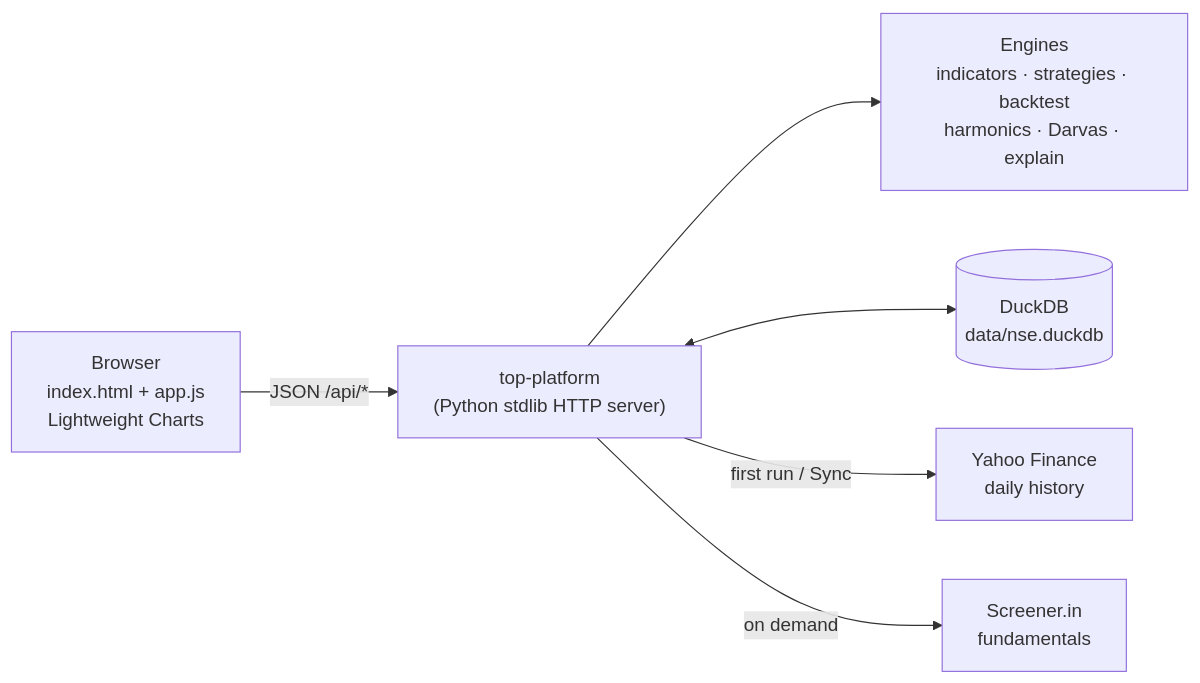
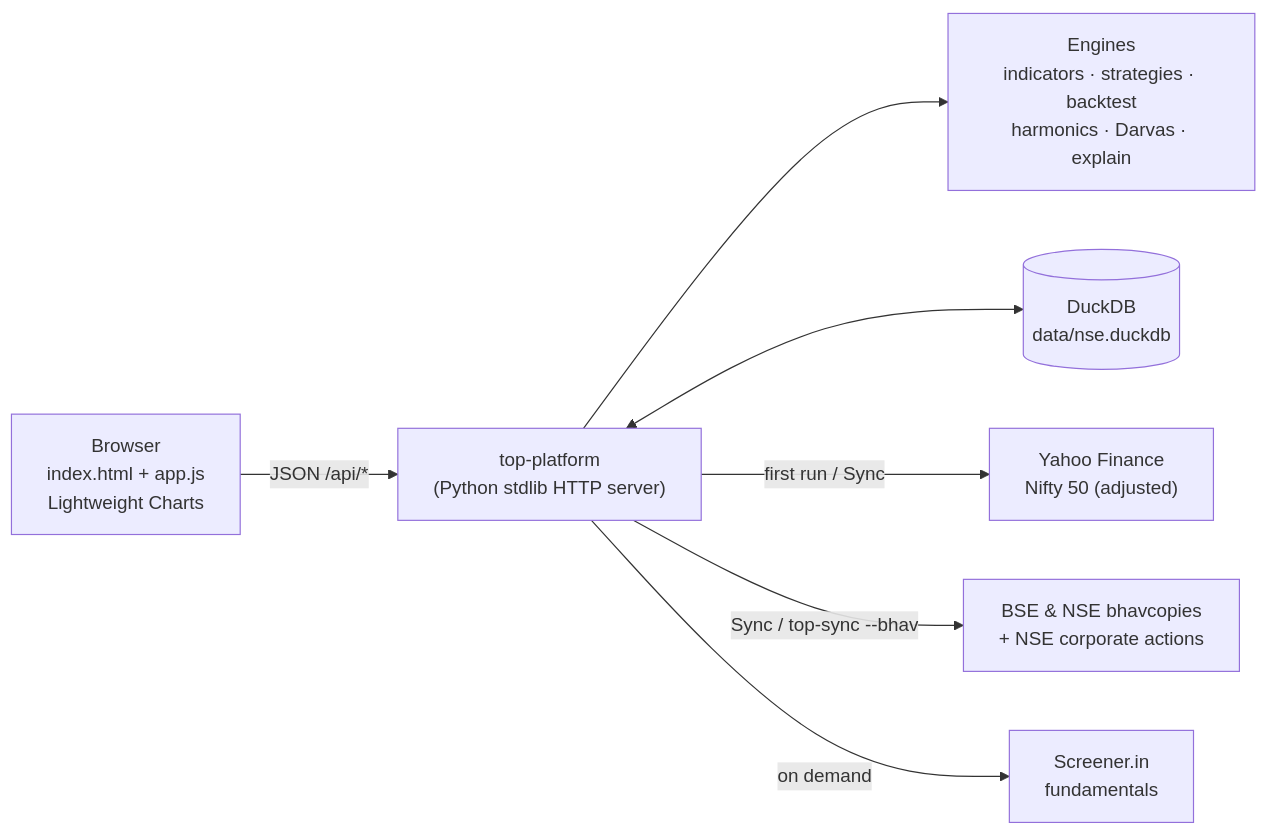
One commit to garv08/Trade-Observability-Platform changed the diagram in README.md. Above: the diagram before and after it, drawn with Mermaid. The commit also changed other lines of this file and 32 other files, not shown here.

First line of the commit message:
TOP 0.2.0: all BSE stocks and ETFs, TradZoo-style key levels and pattern breakouts

````diff
--- a/README.md
+++ b/README.md
@@ -121,8 +143,9 @@
 ```mermaid
 flowchart LR
   B["Browser<br/>index.html + app.js<br/>Lightweight Charts"] -- "JSON /api/*" --> S["top-platform<br/>(Python stdlib HTTP server)"]
   S --> E["Engines<br/>indicators · strategies · backtest<br/>harmonics · Darvas · explain"]
   S <--> D[("DuckDB<br/>data/nse.duckdb")]
-  S -- "first run / Sync" --> Y["Yahoo Finance<br/>daily history"]
+  S -- "first run / Sync" --> Y["Yahoo Finance<br/>Nifty 50 (adjusted)"]
+  S -- "Sync / top-sync --bhav" --> X["BSE & NSE bhavcopies<br/>+ NSE corporate actions"]
   S -- "on demand" --> F["Screener.in<br/>fundamentals"]
 ```
````
